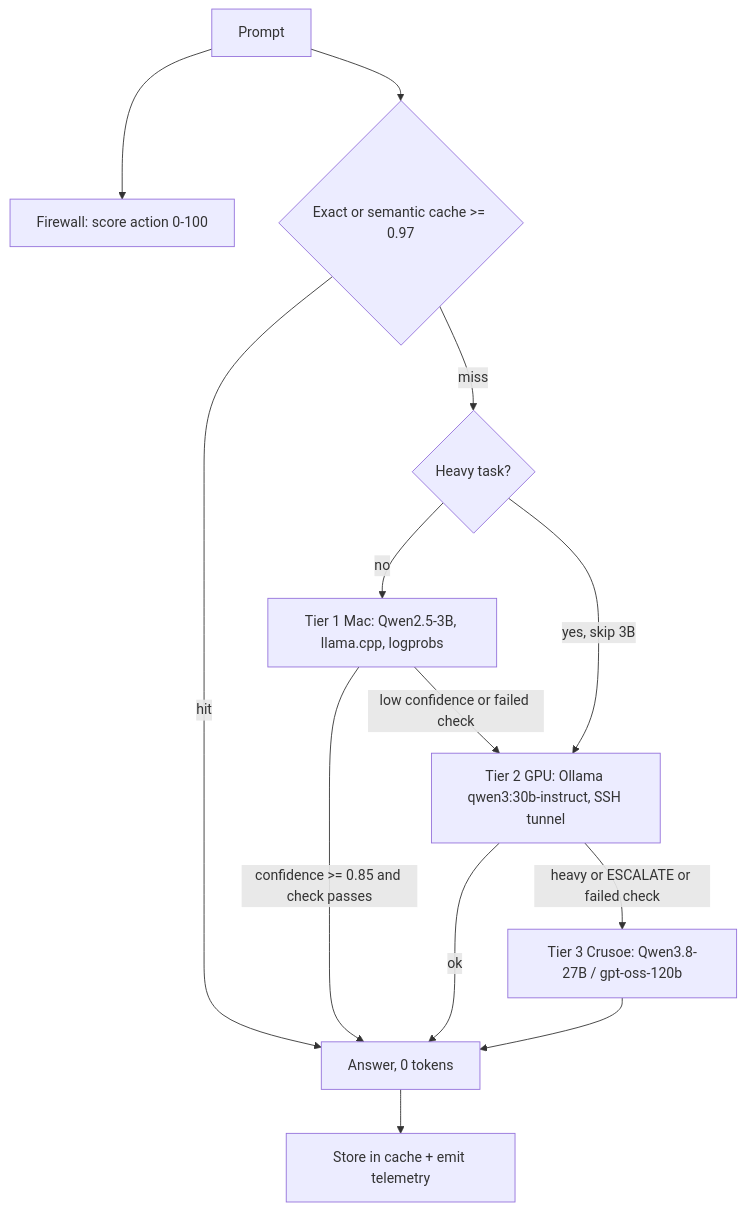
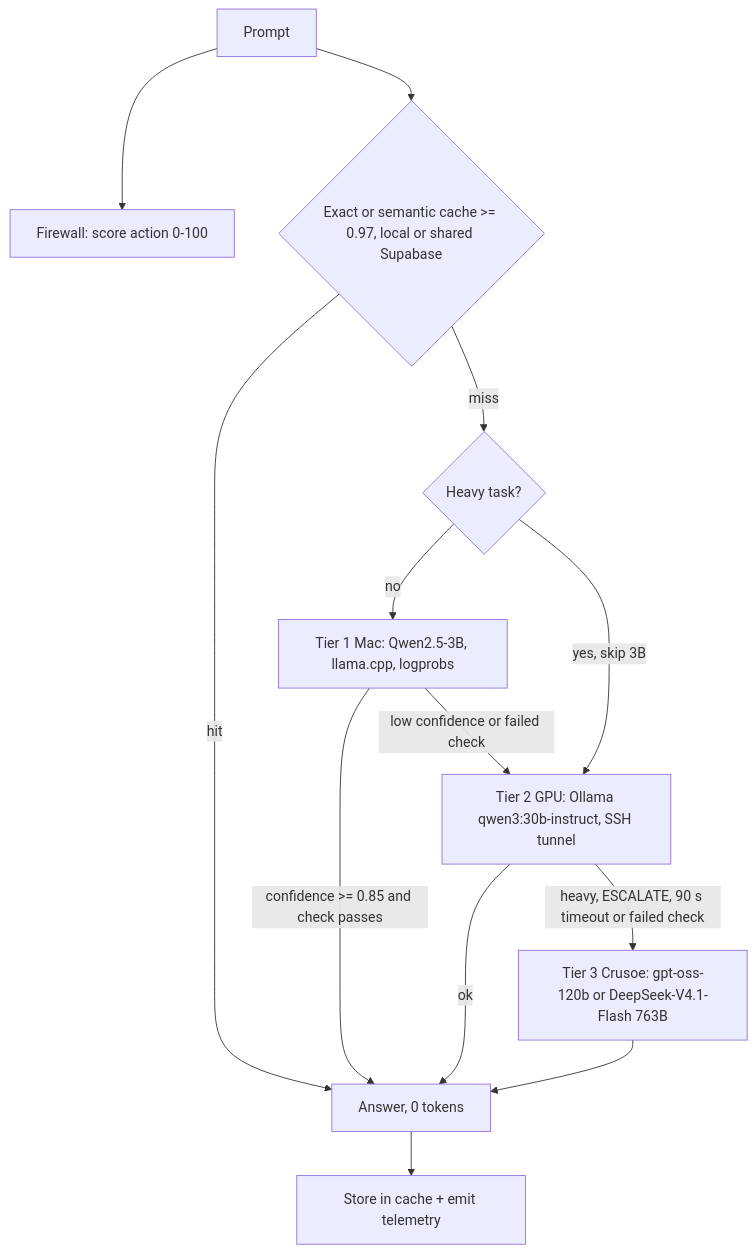
Before and after one commit to manvendersingh21/tremor-core: the first of 2 diagrams in .kiro/specs/chimera-speculative-os/design.md, drawn with Mermaid. The commit also changed other lines of this file and 10 other files, not shown here.

Commit message:
docs: sync README, architecture, site posters, HUD copy and .kiro with measured results (ladder, spec, Spec+, shared cache, Modal)

````diff
--- a/.kiro/specs/chimera-speculative-os/design.md
+++ b/.kiro/specs/chimera-speculative-os/design.md
@@ -4,15 +4,15 @@
 ```mermaid
 flowchart TD
     Q[Prompt] --> FW0[Firewall: score action 0-100]
-    Q --> C{Exact or semantic cache >= 0.97}
+    Q --> C{Exact or semantic cache >= 0.97, local or shared Supabase}
     C -- hit --> A[Answer, 0 tokens]
     C -- miss --> H{Heavy task?}
     H -- no --> L[Tier 1 Mac: Qwen2.5-3B, llama.cpp, logprobs]
     L -- confidence >= 0.85 and check passes --> A
     L -- low confidence or failed check --> G[Tier 2 GPU: Ollama qwen3:30b-instruct, SSH tunnel]
     H -- yes, skip 3B --> G
     G -- ok --> A
-    G -- heavy or ESCALATE or failed check --> T[Tier 3 Crusoe: Qwen3.8-27B / gpt-oss-120b]
+    G -- heavy, ESCALATE, 90 s timeout or failed check --> T[Tier 3 Crusoe: gpt-oss-120b or DeepSeek-V4.1-Flash 763B]
     T --> A
     A --> S[Store in cache + emit telemetry]
 ```
````
